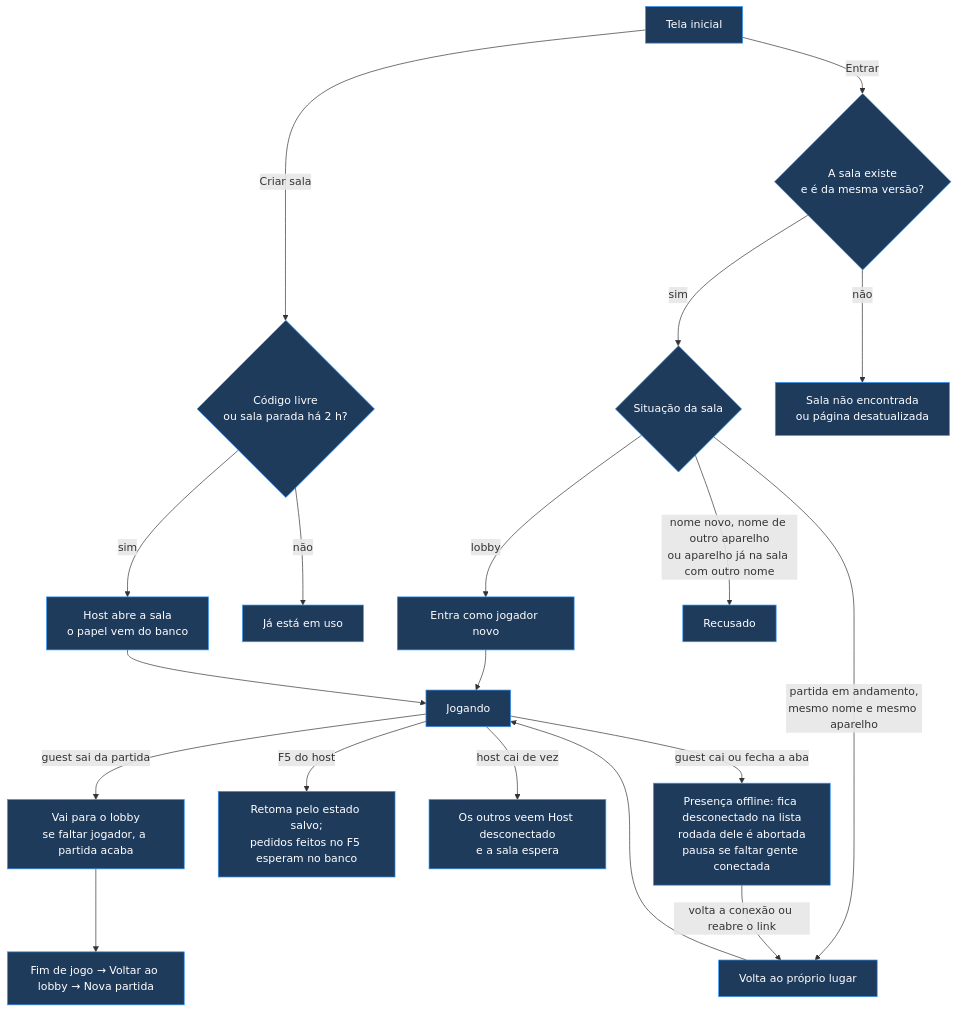
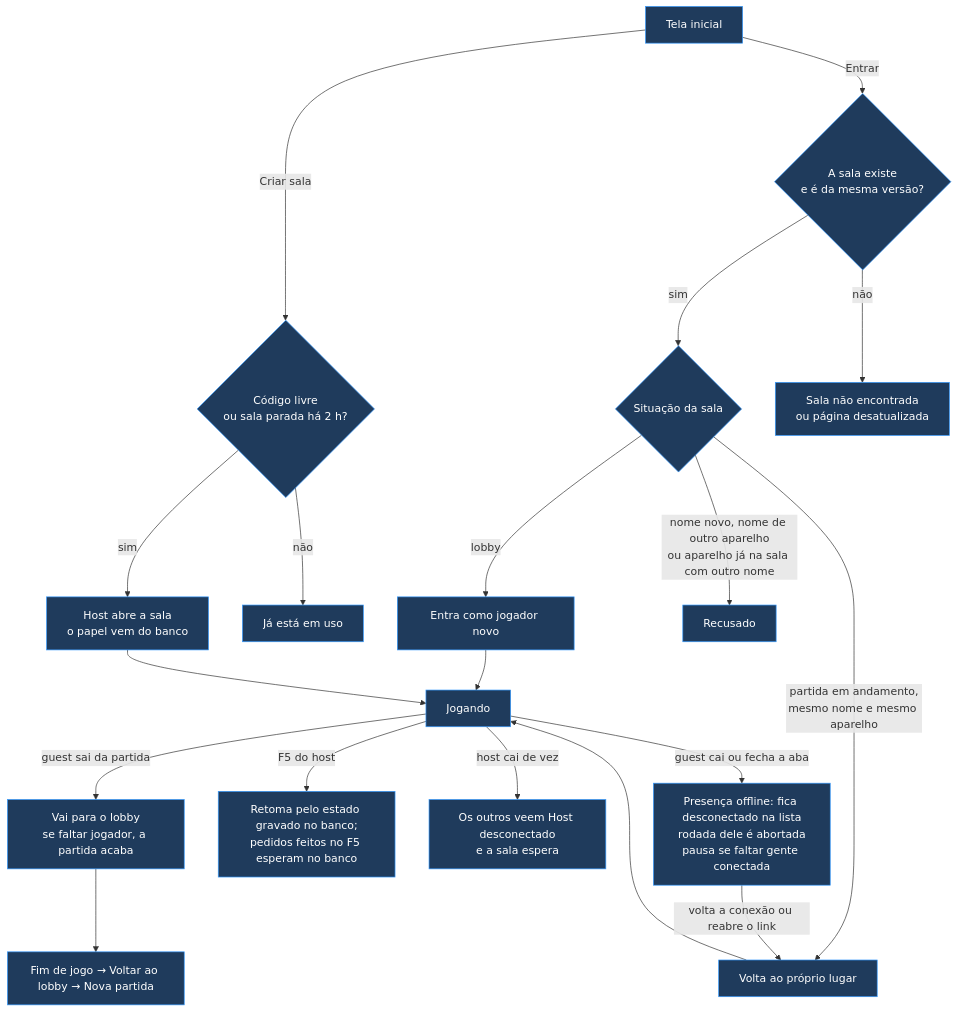
One commit to vinicius-losekann/pm-the-kpi-master changed the diagram in _docs/connection-tests.md. Above: the diagram before and after it, drawn with Mermaid. The commit also changed other lines of this file and 13 other files, not shown here.

Commit message:
feat(rede): estado da partida no banco e apoio pendente que continua no F5 do host (roadmap 2.9, etapa 2b; SEC-005)

````diff
--- a/_docs/connection-tests.md
+++ b/_docs/connection-tests.md
@@ -43,28 +43,28 @@
 ```mermaid
 flowchart TD
     A[Tela inicial] -->|Criar sala| B{Código livre<br/>ou sala parada há 2 h?}
     B -->|sim| C[Host abre a sala<br/>o papel vem do banco]
     B -->|não| B1[Já está em uso]
     A -->|Entrar| D{A sala existe<br/>e é da mesma versão?}
     D -->|sim| E{Situação da sala}
     D -->|não| D1[Sala não encontrada<br/>ou página desatualizada]
     E -->|lobby| F[Entra como jogador novo]
     E -->|partida em andamento,<br/>mesmo nome e mesmo aparelho| G[Volta ao próprio lugar]
     E -->|nome novo, nome de outro aparelho<br/>ou aparelho já na sala com outro nome| E1[Recusado]
 
     G --> H[Jogando]
     F --> H
     C --> H
 
     H -->|guest cai ou fecha a aba| I[Presença offline: fica desconectado na lista<br/>rodada dele é abortada<br/>pausa se faltar gente conectada]
     I -->|volta a conexão ou reabre o link| G
 
-    H -->|F5 do host| K[Retoma pelo estado salvo;<br/>pedidos feitos no F5 esperam no banco]
+    H -->|F5 do host| K[Retoma pelo estado gravado no banco;<br/>pedidos feitos no F5 esperam no banco]
     H -->|host cai de vez| J[Os outros veem Host desconectado<br/>e a sala espera]
 
     H -->|guest sai da partida| O[Vai para o lobby<br/>se faltar jogador, a partida acaba]
     O --> P[Fim de jogo → Voltar ao lobby → Nova partida]
 
     classDef auto fill:#1f3b5c,color:#fff,stroke:#39f
     class A,B,B1,C,D,D1,E,E1,F,G,H,I,J,K,O,P auto
 ```
````
